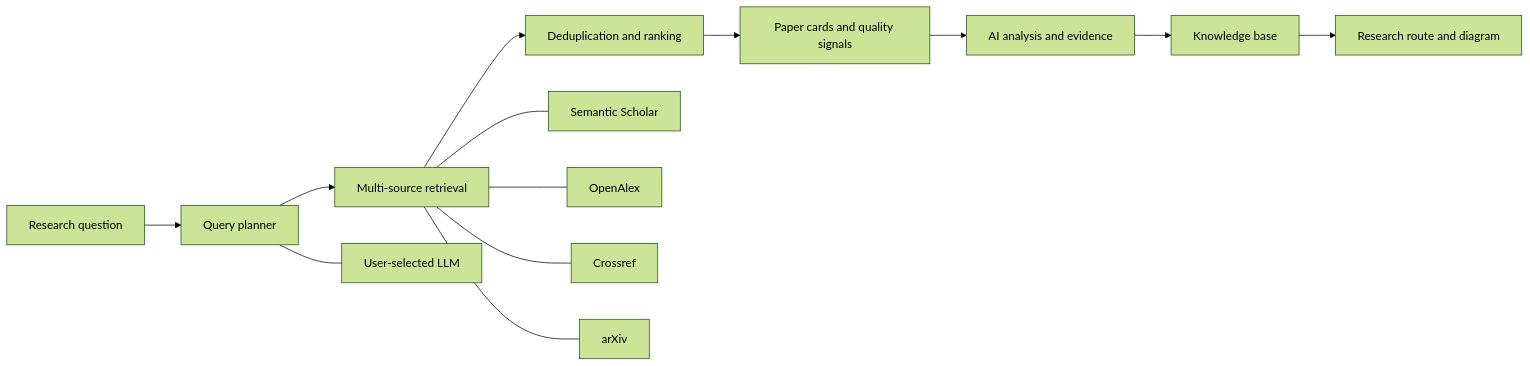
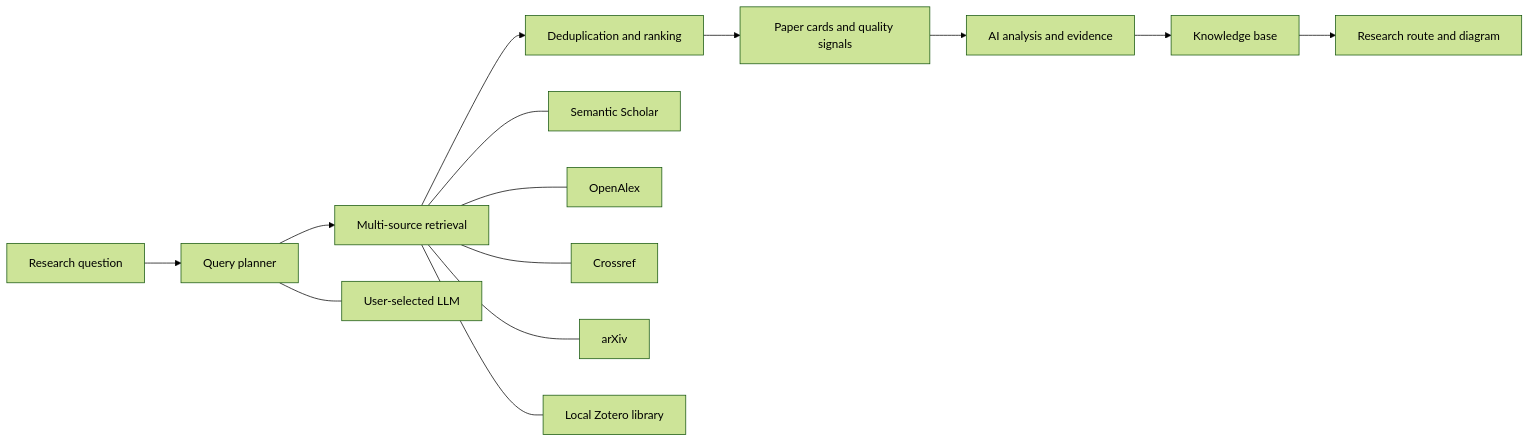
Before and after one commit to zhangweiguo9719-web/ScholarNova: the diagram in README.md, drawn with Mermaid (forest theme). The commit also changed other lines of this file and 20 other files, not shown here.

Commit message:
feat: connect Zotero local libraries

````diff
--- a/README.md
+++ b/README.md
@@ -90,16 +102,17 @@
 ```mermaid
 flowchart LR
     U["Research question"] --> Q["Query planner"]
     Q --> S["Multi-source retrieval"]
     S --> D["Deduplication and ranking"]
     D --> R["Paper cards and quality signals"]
     R --> A["AI analysis and evidence"]
     A --> K["Knowledge base"]
     K --> G["Research route and diagram"]
 
     S --- SS["Semantic Scholar"]
     S --- OA["OpenAlex"]
     S --- CR["Crossref"]
     S --- AX["arXiv"]
+    S --- Z["Local Zotero library"]
     Q --- LLM["User-selected LLM"]
 ```
````
